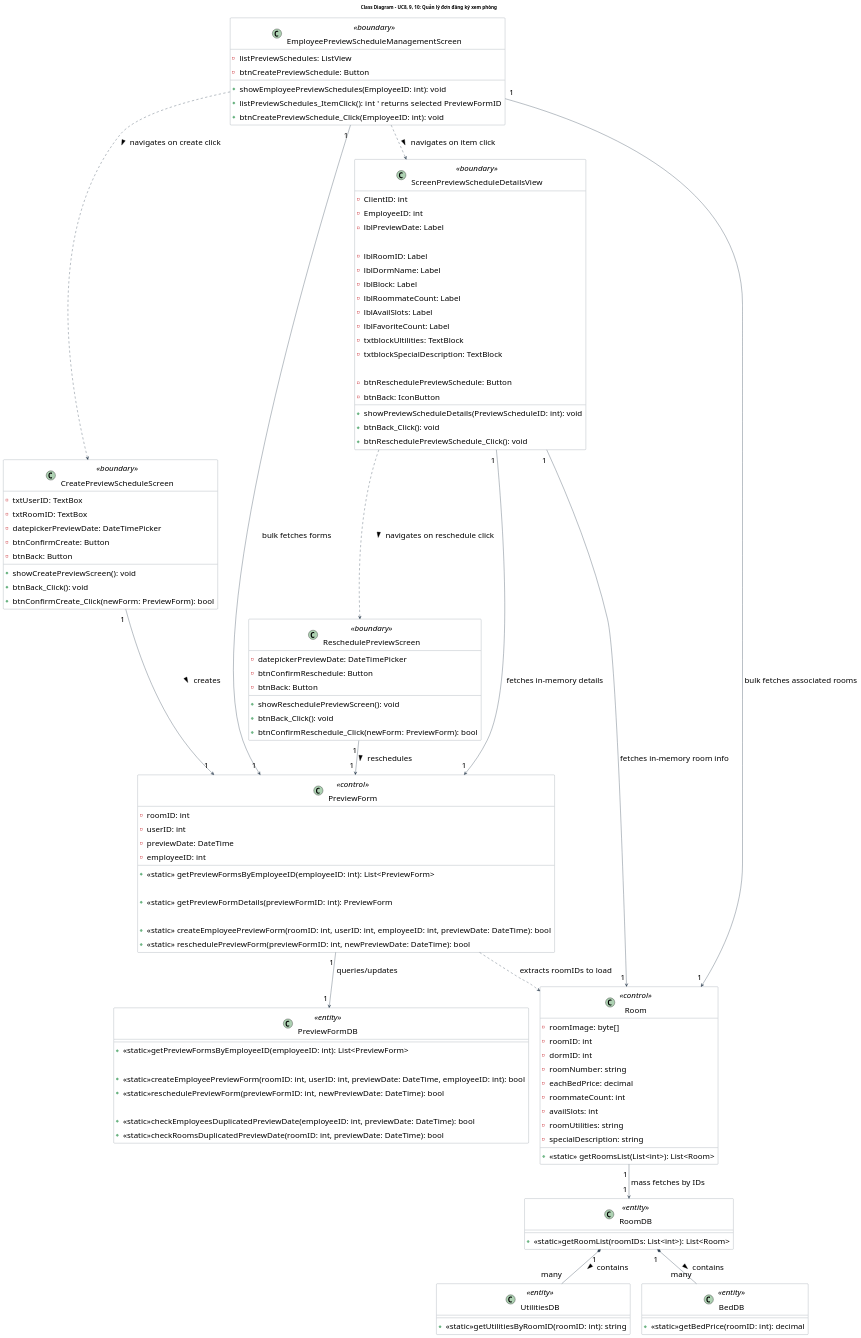
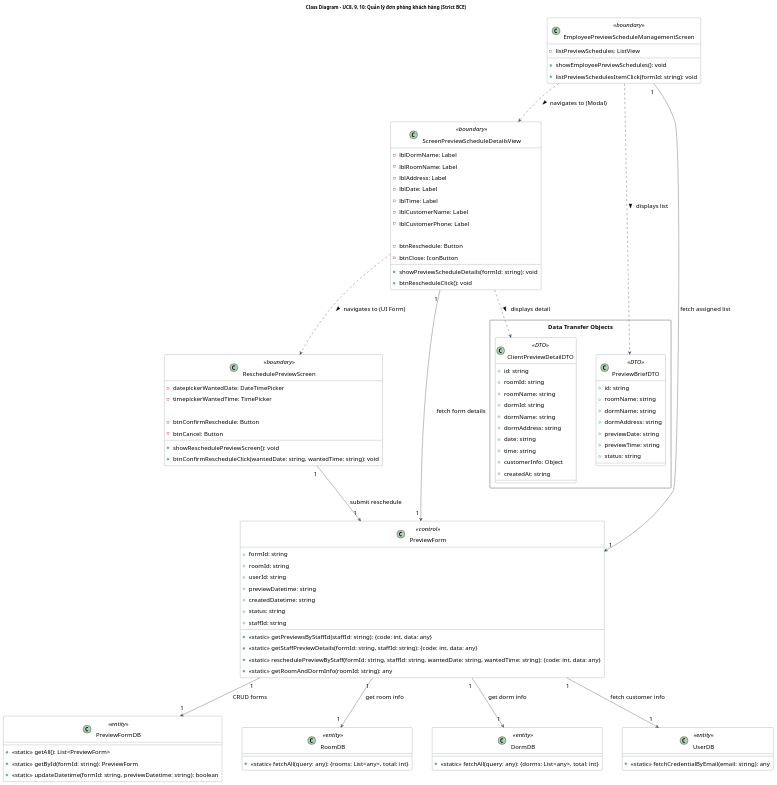
Before and after one commit to Gnourt812005/HCMUS-Analyze-and-desgin-IS: the diagram in doc/system/quan_ly_don_dang_ky_xem_phong_khach_hang/QuanLyDonXemPhongKH_ClassDiagram.wsd, drawn with PlantUML. The commit also changed 7 other files, not shown here.

Commit message:
duong/sys-uc: update diagrams

```diff
--- a/doc/system/quan_ly_don_dang_ky_xem_phong_khach_hang/QuanLyDonXemPhongKH_ClassDiagram.wsd
+++ b/doc/system/quan_ly_don_dang_ky_xem_phong_khach_hang/QuanLyDonXemPhongKH_ClassDiagram.wsd
@@ -1,147 +1,143 @@
-@startuml QuanLyDonXemPhongKH_ClassDiagram
-title Class Diagram - UC8, 9, 10: Quản lý đơn đăng ký xem phòng
+@startuml QuanLyDonXemPhongKH_ClassDiagram_Perfect
+title Class Diagram - UC8, 9, 10: Quản lý đơn phòng khách hàng (Strict BCE)
 
 ' --- STYLE CONFIGURATION ---
 skinparam {
     ClassBackgroundColor White
     ClassBorderColor #2D3E50
     ArrowColor #2D3E50
     DefaultFontName "Arial"
-    DefaultFontSize 24
+    DefaultFontSize 18
     Padding 5
+    Nodesep 60
+    Ranksep 80
 }
 
-' --- BOUNDARY LAYER ---
+' ==========================================
+' 1. SHARED LAYER (DTOs)
+' ==========================================
+package "Data Transfer Objects" <<Rectangle>> {
+    class "PreviewBriefDTO" as PreviewBriefDTO <<DTO>> {
+        + id: string
+        + roomName: string
+        + dormName: string
+        + dormAddress: string
+        + previewDate: string
+        + previewTime: string
+        + status: string
+    }
+
+    class "ClientPreviewDetailDTO" as ClientPreviewDetailDTO <<DTO>> {
+        + id: string
+        + roomId: string
+        + roomName: string
+        + dormId: string
+        + dormName: string
+        + dormAddress: string
+        + date: string
+        + time: string
+        + customerInfo: Object
+        + createdAt: string
+    }
+}
+
+' ==========================================
+' 2. BOUNDARY LAYER (UI CONCEPTS)
+' ==========================================
 class "EmployeePreviewScheduleManagementScreen" as PreviewManagementScreen <<boundary>> {
     - listPreviewSchedules: ListView
-    - btnCreatePreviewSchedule: Button
 
-    + showEmployeePreviewSchedules(EmployeeID: int): void
-    + listPreviewSchedules_ItemClick(): int ' returns selected  PreviewFormID
-    + btnCreatePreviewSchedule_Click(EmployeeID: int): void
+    + showEmployeePreviewSchedules(): void
+    + listPreviewSchedulesItemClick(formId: string): void
 }
 
 class "ScreenPreviewScheduleDetailsView" as PreviewScheduleDetailsView <<boundary>> {
-    - ClientID: int
-    - EmployeeID: int
-    - lblPreviewDate: Label
+    - lblDormName: Label
+    - lblRoomName: Label
+    - lblAddress: Label
+    - lblDate: Label
+    - lblTime: Label
+    - lblCustomerName: Label
+    - lblCustomerPhone: Label
 
-    - lblRoomID: Label
-    - lblDormName: Label
-    - lblBlock: Label
-    - lblRoommateCount: Label
-    - lblAvailSlots: Label
-    - lblFavoriteCount: Label
-    - txtblockUltilities: TextBlock
-    - txtblockSpecialDescription: TextBlock
+    - btnReschedule: Button
+    - btnClose: IconButton
 
-    - btnReschedulePreviewSchedule: Button
-    - btnBack: IconButton
-
-    + showPreviewScheduleDetails(PreviewScheduleID: int): void
-    + btnBack_Click(): void
-    + btnReschedulePreviewSchedule_Click(): void
-}
-
-class "CreatePreviewScheduleScreen" as CreatePreviewScreen <<boundary>> {
-    - txtUserID: TextBox
-    - txtRoomID: TextBox
-    - datepickerPreviewDate: DateTimePicker
-    - btnConfirmCreate: Button
-    - btnBack: Button
-
-    + showCreatePreviewScreen(): void
-    + btnBack_Click(): void
-    + btnConfirmCreate_Click(newForm: PreviewForm): bool
+    + showPreviewScheduleDetails(formId: string): void
+    + btnRescheduleClick(): void
 }
 
 class "ReschedulePreviewScreen" as ReschedulePreviewScreen <<boundary>> {
-    - datepickerPreviewDate: DateTimePicker
+    - datepickerWantedDate: DateTimePicker
+    - timepickerWantedTime: TimePicker
+    
     - btnConfirmReschedule: Button
-    - btnBack: Button
+    - btnCancel: Button
 
     + showReschedulePreviewScreen(): void
-    + btnBack_Click(): void
-    + btnConfirmReschedule_Click(newForm: PreviewForm): bool
+    + btnConfirmRescheduleClick(wantedDate: string, wantedTime: string): void
 }
 
-' --- BUSINESS LAYER ---
+' ==========================================
+' 3. CONTROL LAYER (BUSINESS LOGIC)
+' ==========================================
 class "PreviewForm" as PreviewForm <<control>> {
-    - roomID: int
-    - userID: int
-    - previewDate: DateTime
-    - employeeID: int
+    + formId: string
+    + roomId: string
+    + userId: string
+    + previewDatetime: string
+    + createdDatetime: string
+    + status: string
+    + staffId: string
 
-    + <<static>> getPreviewFormsByEmployeeID(employeeID: int): List<PreviewForm>
-
-    + <<static>> getPreviewFormDetails(previewFormID: int): PreviewForm
-
-    + <<static>> createEmployeePreviewForm(roomID: int, userID: int, employeeID: int, previewDate: DateTime): bool
-    + <<static>> reschedulePreviewForm(previewFormID: int, newPreviewDate: DateTime): bool
+    + <<static>> getPreviewsByStaffId(staffId: string): {code: int, data: any}
+    + <<static>> getStaffPreviewDetails(formId: string, staffId: string): {code: int, data: any}
+    + <<static>> reschedulePreviewByStaff(formId: string, staffId: string, wantedDate: string, wantedTime: string): {code: int, data: any}
+    + <<static>> getRoomAndDormInfo(roomId: string): any
 }
 
-class "Room" as Room <<control>> {
-    - roomImage: byte[]
-    - roomID: int
-    - dormID: int
-    - roomNumber: string
-    - eachBedPrice: decimal
-    - roommateCount: int
-    - availSlots: int
-    - roomUtilities: string
-    - specialDescription: string
-
-    + <<static>> getRoomsList(List<int>): List<Room>
-}
-
-' --- DATABASE LAYER ---
-class "PreviewFormDB" as PreviewDB <<entity>> {
-    + <<static>>getPreviewFormsByEmployeeID(employeeID: int): List<PreviewForm>
-
-    + <<static>>createEmployeePreviewForm(roomID: int, userID: int, previewDate: DateTime, employeeID: int): bool
-    + <<static>>reschedulePreviewForm(previewFormID: int, newPreviewDate: DateTime): bool
-
-    + <<static>>checkEmployeesDuplicatedPreviewDate(employeeID: int, previewDate: DateTime): bool
-    + <<static>>checkRoomsDuplicatedPreviewDate(roomID: int, previewDate: DateTime): bool
+' ==========================================
+' 4. ENTITY LAYER (DATABASE)
+' ==========================================
+class "PreviewFormDB" as PreviewFormDB <<entity>> {
+    + <<static>> getAll(): List<PreviewForm>
+    + <<static>> getById(formId: string): PreviewForm
+    + <<static>> updateDatetime(formId: string, previewDatetime: string): boolean
 }
 
 class "RoomDB" as RoomDB <<entity>> {
-    + <<static>>getRoomList(roomIDs: List<int>): List<Room>
+    + <<static>> fetchAll(query: any): {rooms: List<any>, total: int}
 }
 
-class "UtilitiesDB" as UtilitiesDB <<entity>> {
-    + <<static>>getUtilitiesByRoomID(roomID: int): string
+class "DormDB" as DormDB <<entity>> {
+    + <<static>> fetchAll(query: any): {dorms: List<any>, total: int}
 }
 
-class "BedDB" as BedDB <<entity>> {
-    + <<static>>getBedPrice(roomID: int): decimal
+class "UserDB" as UserDB <<entity>> {
+    + <<static>> fetchCredentialByEmail(email: string): any
 }
 
-' --- RELATIONSHIPS ---
-' 1. Screen flows (Navigation)
-PreviewManagementScreen ..> PreviewScheduleDetailsView : "navigates on item click >"
-PreviewManagementScreen ..> CreatePreviewScreen : "navigates on create click >"
-PreviewScheduleDetailsView ..> ReschedulePreviewScreen : "navigates on reschedule click >"
+' ==========================================
+' RELATIONSHIPS
+' ==========================================
 
-' 2. Boundary to Business connections
-PreviewManagementScreen "1" --> "1" PreviewForm : "bulk fetches forms"
-PreviewManagementScreen "1" --> "1" Room : "bulk fetches associated rooms"
+' UI Navigation 
+PreviewManagementScreen ..> PreviewScheduleDetailsView : "navigates to (Modal) >"
+PreviewScheduleDetailsView ..> ReschedulePreviewScreen : "navigates to (UI Form) >"
 
-PreviewScheduleDetailsView "1" --> "1" PreviewForm : "fetches in-memory details"
-PreviewScheduleDetailsView "1" --> "1" Room : "fetches in-memory room info"
+' DTO Usage
+PreviewManagementScreen ..> PreviewBriefDTO : "displays list >"
+PreviewScheduleDetailsView ..> ClientPreviewDetailDTO : "displays detail >"
 
-CreatePreviewScreen "1" --> "1" PreviewForm : "creates >"
-ReschedulePreviewScreen "1" --> "1" PreviewForm : "reschedules >"
+' Boundary -> Control (Backend Calls)
+PreviewManagementScreen "1" --> "1" PreviewForm : "fetch assigned list"
+PreviewScheduleDetailsView "1" --> "1" PreviewForm : "fetch form details"
+ReschedulePreviewScreen "1" --> "1" PreviewForm : "submit reschedule"
 
-' 3. Business Dependencies
-PreviewForm ..> Room : "extracts roomIDs to load"
-
-' 4. Business to Database connections
-PreviewForm "1" --> "1" PreviewDB : "queries/updates"
-Room "1" --> "1" RoomDB : "mass fetches by IDs"
-
-' 5. Entity / Database connections
-RoomDB "1" *-- "many" UtilitiesDB : "contains >"
-RoomDB "1" *-- "many" BedDB : "contains >"
+' Control -> Entity (Database Calls - Phản ánh đúng logic trong PreviewForm.ts)
+PreviewForm "1" --> "1" PreviewFormDB : "CRUD forms"
+PreviewForm "1" --> "1" RoomDB : "get room info"
+PreviewForm "1" --> "1" DormDB : "get dorm info"
+PreviewForm "1" --> "1" UserDB : "fetch customer info"
 
 @enduml
```
